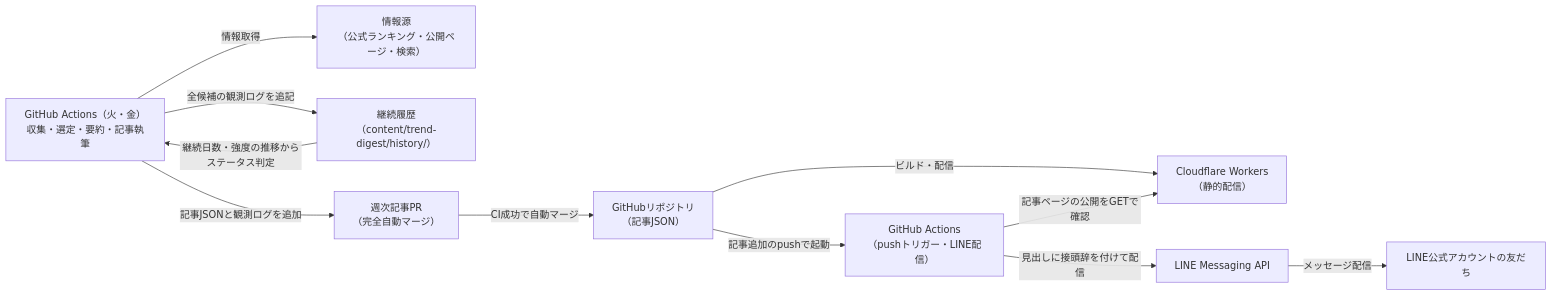
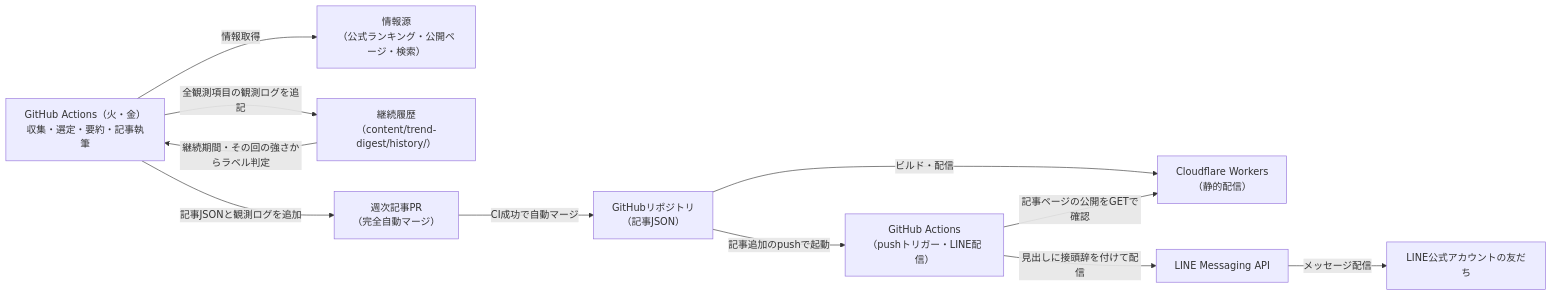
Before and after one commit to zakiyama0108/benriyatool: the third of 5 diagrams in specs/trend-digest/architecture.md, drawn with Mermaid. The commit also changed other lines of this file and 20 other files, not shown here.

````diff
--- a/specs/trend-digest/architecture.md
+++ b/specs/trend-digest/architecture.md
@@ -61,23 +61,23 @@
 ```mermaid
 flowchart LR
     weeklyRoutine["GitHub Actions（火・金）<br>収集・選定・要約・記事執筆"]
     sources["情報源<br>（公式ランキング・公開ページ・検索）"]
     history["継続履歴<br>（content/trend-digest/history/）"]
     weeklyPR["週次記事PR<br>（完全自動マージ）"]
     repo["GitHubリポジトリ<br>（記事JSON）"]
     cf["Cloudflare Workers<br>（静的配信）"]
     broadcastRoutine["GitHub Actions<br>（pushトリガー・LINE配信）"]
     lineApi["LINE Messaging API"]
     lineFriends["LINE公式アカウントの友だち"]
 
     weeklyRoutine -->|情報取得| sources
-    weeklyRoutine -->|全候補の観測ログを追記| history
-    history -->|継続日数・強度の推移からステータス判定| weeklyRoutine
+    weeklyRoutine -->|全観測項目の観測ログを追記| history
+    history -->|継続期間・その回の強さからラベル判定| weeklyRoutine
     weeklyRoutine -->|記事JSONと観測ログを追加| weeklyPR
     weeklyPR -->|CI成功で自動マージ| repo
     repo -->|ビルド・配信| cf
     repo -->|記事追加のpushで起動| broadcastRoutine
     broadcastRoutine -->|記事ページの公開をGETで確認| cf
     broadcastRoutine -->|見出しに接頭辞を付けて配信| lineApi
     lineApi -->|メッセージ配信| lineFriends
 ```
````
